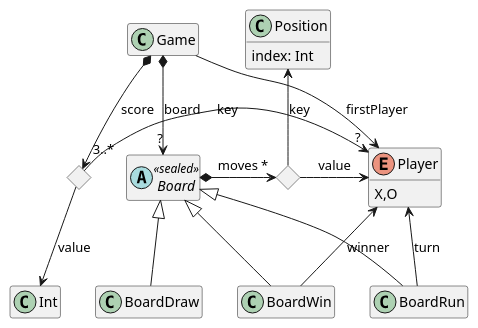
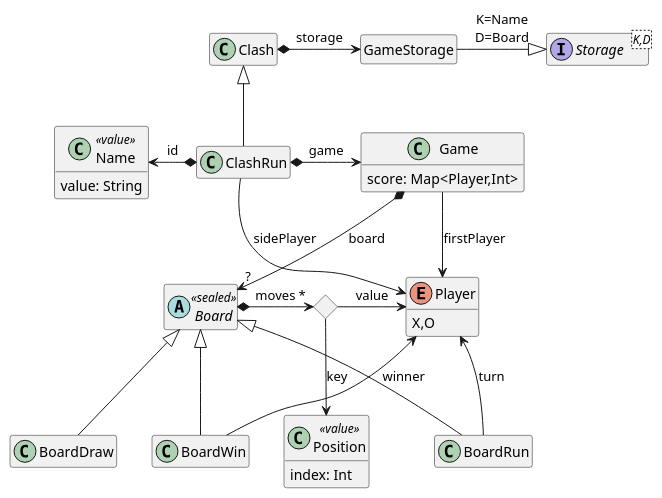
Before and after one commit to isel-leic-tds/2425i.31d: the diagram in Galo/src/main/kotlin/isel/leic/tds/ttt/model/Model.puml, drawn with PlantUML. The commit also changed 3 other files, not shown here.

```diff
--- a/Galo/src/main/kotlin/isel/leic/tds/ttt/model/Model.puml
+++ b/Galo/src/main/kotlin/isel/leic/tds/ttt/model/Model.puml
@@ -1,32 +1,48 @@
 @startuml
 
 hide empty members
 
 abstract class Board <<sealed>>
 Board <|-- BoardRun
 Board <|-- BoardWin
 Board <|-- BoardDraw
 
 Game *--> "?" Board: board
 Game -> Player : firstPlayer
 
 enum Player {
     X,O
 }
 
-class Position {
+class Position <<value>>{
     index: Int
 }
 
 <> Moves
 Board *-> "*" Moves : "moves"
-Position <-down- Moves : key
+Position <-up- Moves : key
 Moves -> Player : value
 BoardRun -up-> Player : "turn       "
 BoardWin -up-> Player : winner
 
-<> Score
-Game *--> "3..*" Score : score
-Score --> Int : value
-Score -> "?" Player : key
+class Game{
+  score: Map<Player,Int>
+}
+'<> Score
+'Game *--> "3..*" Score : score
+'Score --> Int : value
+'Score -> "?" Player : key
+
+Clash *-right-> GameStorage : storage
+Clash <|-- ClashRun
+ClashRun --> Player : sidePlayer
+ClashRun *-right-> Game : game
+ClashRun *-left-> Name : id
+class Name <<value>>{
+  value: String
+}
+
+interface Storage<K,D>
+Storage <|-left- GameStorage : K=Name\nD=Board
+hide GameStorage circle
 @enduml
```
